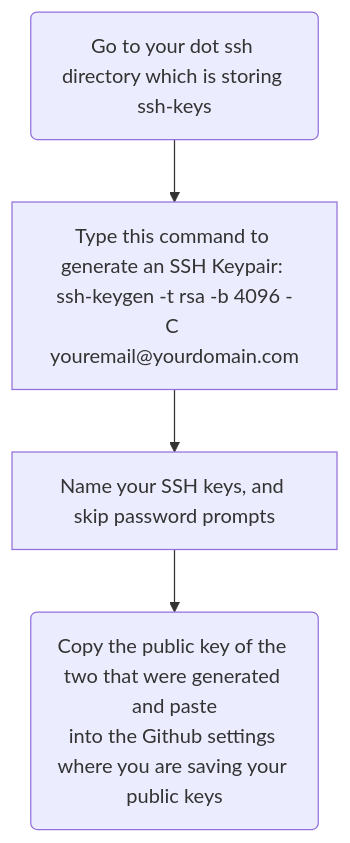
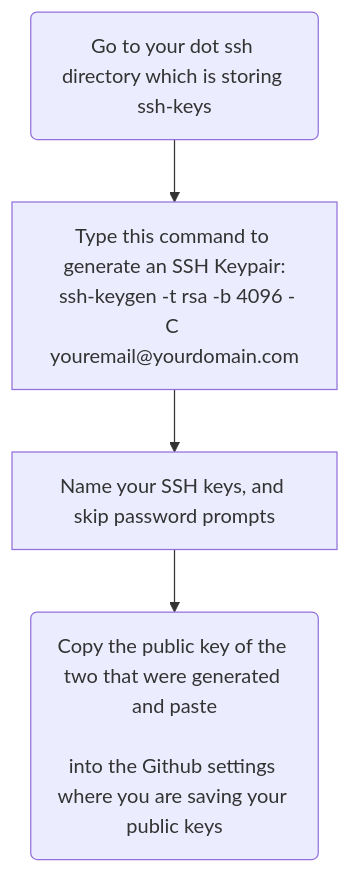
The third of 5 diagrams in content/projects/github.md (Filpill/blog-web), drawn with Mermaid before and after one commit. The commit also changed other lines of this file and 6 other files, not shown here.

Commit message:
editted data system post + mermaid diagram added

```diff
--- a/content/projects/github.md
+++ b/content/projects/github.md
@@ -43,7 +43,7 @@
 {{<mermaid>}}
 graph TD;
-    A(Go to your dot ssh directory which is storing ssh-keys)-->B["Type this command to generate an SSH Keypair: ssh-keygen -t rsa -b 4096 -C youremail@yourdomain.com"]
+    A(Go to your dot ssh directory which is storing ssh-keys)-->B["Type this command to generate an SSH Keypair:<br> ssh-keygen -t rsa -b 4096 -C youremail@yourdomain.com"]
     B-->C["Name your SSH keys, and skip password prompts"]
-    C-->D("Copy the public key of the two that were generated and paste
+    C-->D("Copy the public key of the two that were generated and paste<br>
 into the Github settings where you are saving your public keys")
 {{< /mermaid >}}
```
